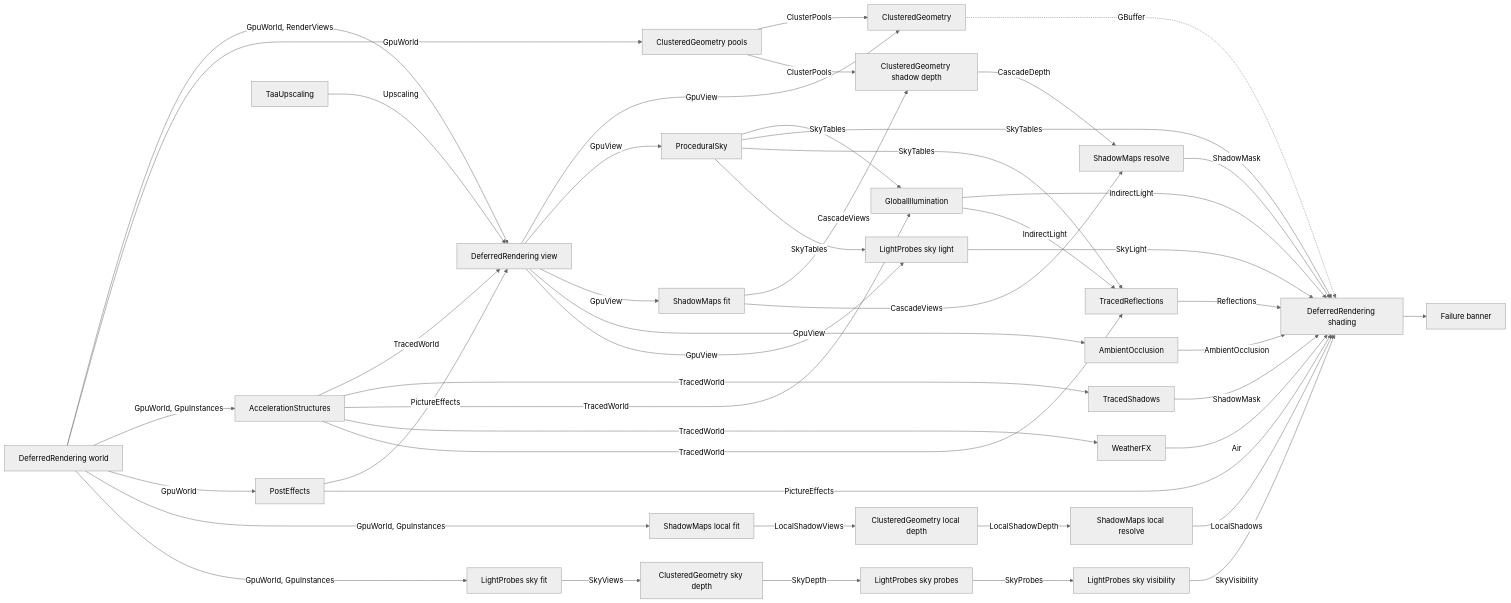
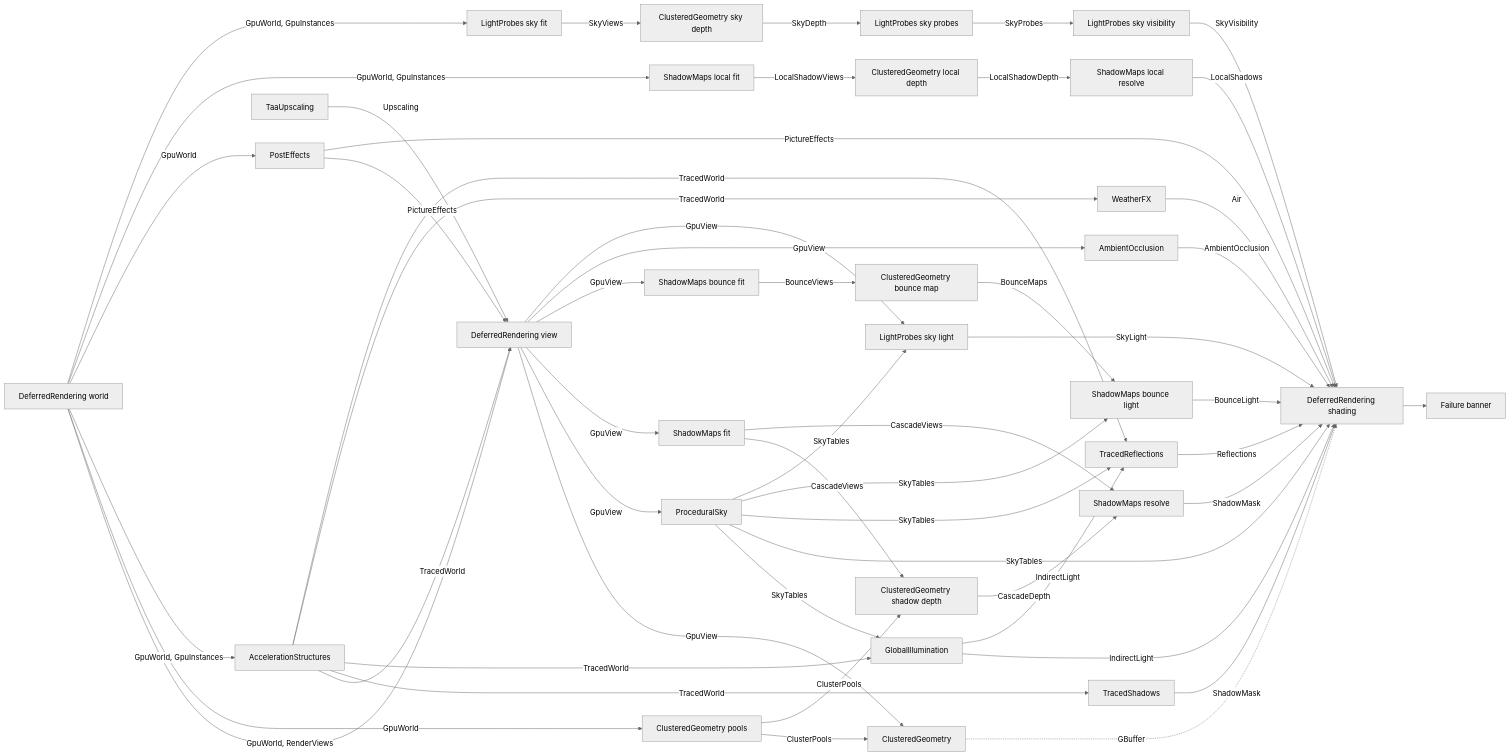
The diagram in docs/RENDERING.md (Konfus-org/Magic), drawn with Mermaid (neutral theme) before and after one commit. The commit also changed other lines of this file and 15 other files, not shown here.

Commit message:
feat: add sun bounce light from a reflective shadow map

````diff
--- a/docs/RENDERING.md
+++ b/docs/RENDERING.md
@@ -12,48 +12,53 @@
 ```mermaid
 flowchart LR
     World[DeferredRendering world] -- GpuWorld, RenderViews --> View[DeferredRendering view]
     World -- GpuWorld --> Pools[ClusteredGeometry pools]
     World -- GpuWorld, GpuInstances --> Accel[AccelerationStructures]
     World -- GpuWorld --> Post[PostEffects]
     Taa[TaaUpscaling] -- Upscaling --> View
     Post -- PictureEffects --> View
     Accel -- TracedWorld --> View
     View -- GpuView --> Clusters[ClusteredGeometry]
     View -- GpuView --> Sky[ProceduralSky]
     Sky -- SkyTables --> GI
     Sky -- SkyTables --> Shading
     Sky -- SkyTables --> Refl
     Pools -- ClusterPools --> Clusters
     Accel -- TracedWorld --> Shadows[TracedShadows]
     Accel -- TracedWorld --> GI[GlobalIllumination]
     Accel -- TracedWorld --> Vol[WeatherFX]
     Shadows -- ShadowMask --> Shading[DeferredRendering shading]
     View -- GpuView --> Fit[ShadowMaps fit]
     Fit -- CascadeViews --> ShadowDepth[ClusteredGeometry shadow depth]
     Pools -- ClusterPools --> ShadowDepth
     ShadowDepth -- CascadeDepth --> Resolve[ShadowMaps resolve]
     Fit -- CascadeViews --> Resolve
     Resolve -- ShadowMask --> Shading
     World -- GpuWorld, GpuInstances --> LocalFit[ShadowMaps local fit]
     LocalFit -- LocalShadowViews --> LocalDepth[ClusteredGeometry local depth]
     LocalDepth -- LocalShadowDepth --> LocalResolve[ShadowMaps local resolve]
     LocalResolve -- LocalShadows --> Shading
+    View -- GpuView --> BounceFit[ShadowMaps bounce fit]
+    BounceFit -- BounceViews --> BounceDepth[ClusteredGeometry bounce map]
+    BounceDepth -- BounceMaps --> Bounce[ShadowMaps bounce light]
+    Sky -- SkyTables --> Bounce
+    Bounce -- BounceLight --> Shading
     View -- GpuView --> Gtao[AmbientOcclusion]
     Gtao -- AmbientOcclusion --> Shading
     View -- GpuView --> SkyLight[LightProbes sky light]
     Sky -- SkyTables --> SkyLight
     SkyLight -- SkyLight --> Shading
     World -- GpuWorld, GpuInstances --> SkyFit[LightProbes sky fit]
     SkyFit -- SkyViews --> SkyDepth[ClusteredGeometry sky depth]
     SkyDepth -- SkyDepth --> SkyProbes[LightProbes sky probes]
     SkyProbes -- SkyProbes --> SkySeen[LightProbes sky visibility]
     SkySeen -- SkyVisibility --> Shading
     GI -- IndirectLight --> Shading
     Accel -- TracedWorld --> Refl[TracedReflections]
     GI -- IndirectLight --> Refl
     Refl -- Reflections --> Shading
     Vol -- Air --> Shading
     Post -- PictureEffects --> Shading
     Clusters -. GBuffer .-> Shading
     Shading --> Banner[Failure banner]
 ```
````
